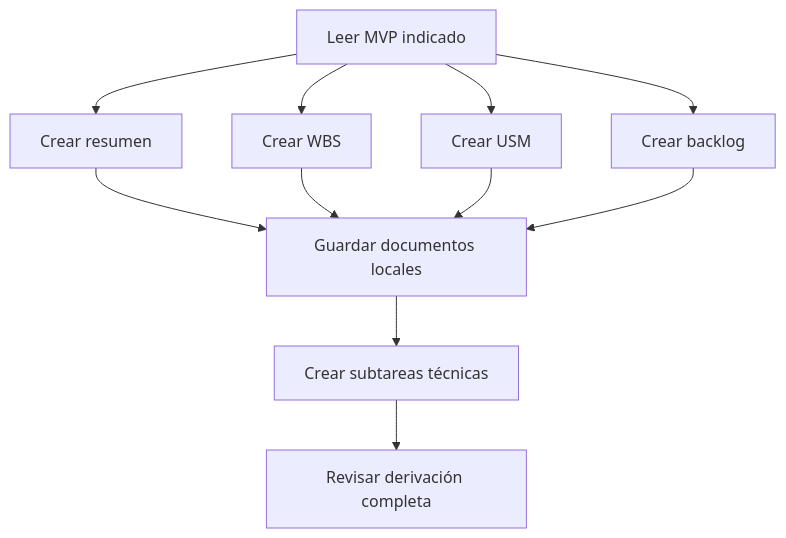
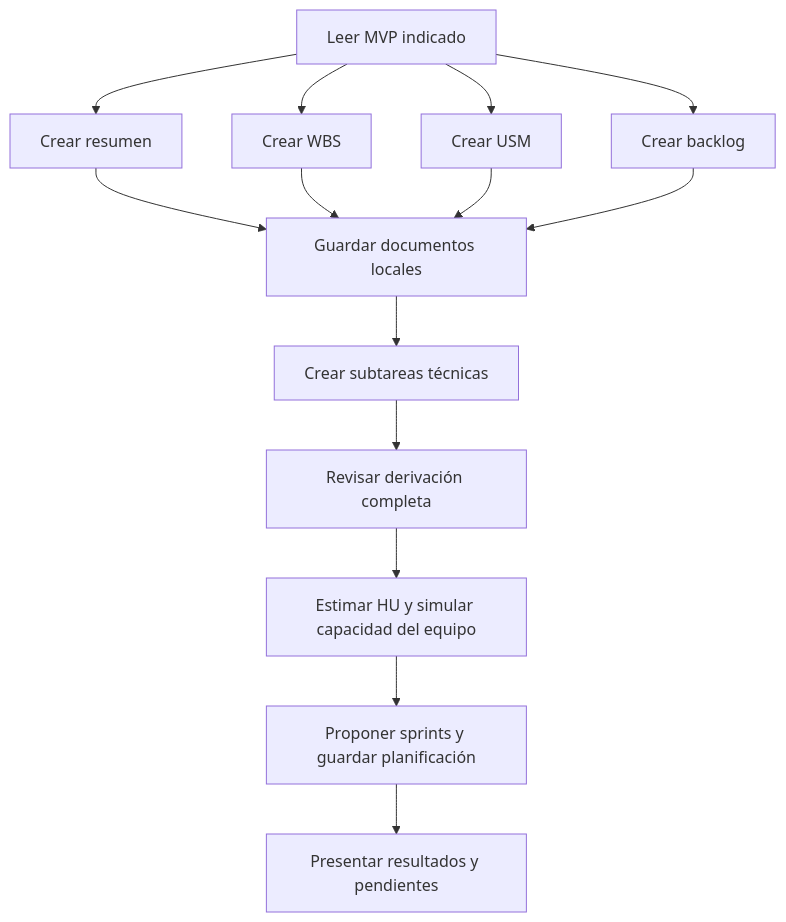
The diagram in skills/derivar-planificacion-mvp/SKILL.md (portomartin/9524), drawn with Mermaid before and after one commit. The commit also changed other lines of this file and 7 other files, not shown here.

Commit message:
Agrega estimación y planificación de sprints con sincronización en Jira

````diff
--- a/skills/derivar-planificacion-mvp/SKILL.md
+++ b/skills/derivar-planificacion-mvp/SKILL.md
@@ -12,13 +12,16 @@
 ```mermaid
 flowchart TD
     A[Leer MVP indicado] --> B[Crear resumen]
     A --> C[Crear WBS]
     A --> D[Crear USM]
     A --> E[Crear backlog]
     B --> F[Guardar documentos locales]
     C --> F
     D --> F
     E --> F
     F --> G[Crear subtareas técnicas]
     G --> H[Revisar derivación completa]
+    H --> I[Estimar HU y simular capacidad del equipo]
+    I --> J[Proponer sprints y guardar planificación]
+    J --> K[Presentar resultados y pendientes]
 ```
````
